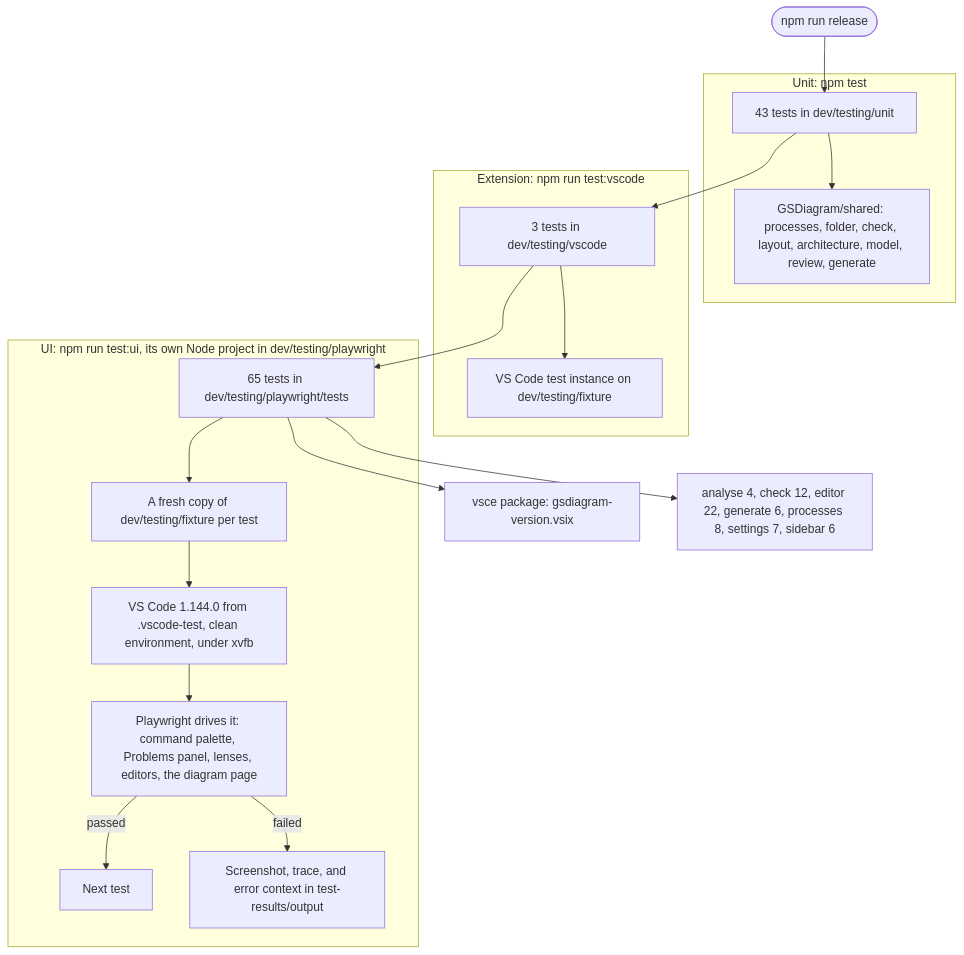
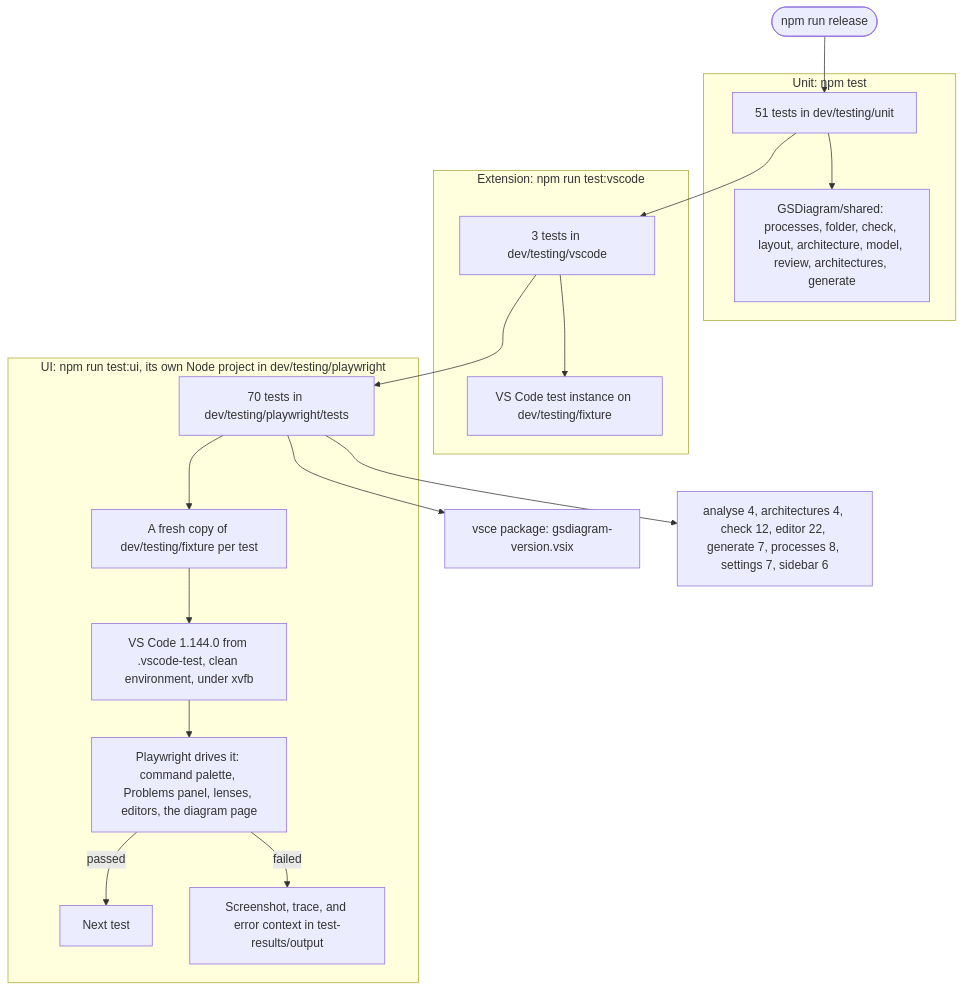
One commit to carltham/GSDiagram changed the diagram in dev/testing/tests.mmd. Above: the diagram before and after it, drawn with Mermaid. The commit also changed 44 other files, not shown here.

First line of the commit message:
Several architectures per project; progress for Generate; 0.2.0

```diff
--- a/dev/testing/tests.mmd
+++ b/dev/testing/tests.mmd
@@ -1,24 +1,24 @@
 %% How GSDiagram is tested: the three suites, what each runs against, and what npm run release does with them.
 flowchart TD
     release([npm run release]) --> unit
     unit --> ext
     ext --> ui
     ui --> package[vsce package: gsdiagram-version.vsix]
 
     subgraph unitSuite [Unit: npm test]
-        unit[43 tests in dev/testing/unit] --> shared[GSDiagram/shared: processes, folder, check, layout, architecture, model, review, generate]
+        unit[51 tests in dev/testing/unit] --> shared[GSDiagram/shared: processes, folder, check, layout, architecture, model, review, architectures, generate]
     end
 
     subgraph extSuite [Extension: npm run test:vscode]
         ext[3 tests in dev/testing/vscode] --> testVsCode[VS Code test instance on dev/testing/fixture]
     end
 
     subgraph uiSuite [UI: npm run test:ui, its own Node project in dev/testing/playwright]
-        ui[65 tests in dev/testing/playwright/tests] --> fresh[A fresh copy of dev/testing/fixture per test]
+        ui[70 tests in dev/testing/playwright/tests] --> fresh[A fresh copy of dev/testing/fixture per test]
         fresh --> start[VS Code 1.144.0 from .vscode-test, clean environment, under xvfb]
         start --> drive[Playwright drives it: command palette, Problems panel, lenses, editors, the diagram page]
         drive -->|passed| next[Next test]
         drive -->|failed| evidence[Screenshot, trace, and error context in test-results/output]
     end
 
-    ui --> specs[analyse 4, check 12, editor 22, generate 6, processes 8, settings 7, sidebar 6]
+    ui --> specs[analyse 4, architectures 4, check 12, editor 22, generate 7, processes 8, settings 7, sidebar 6]
```
